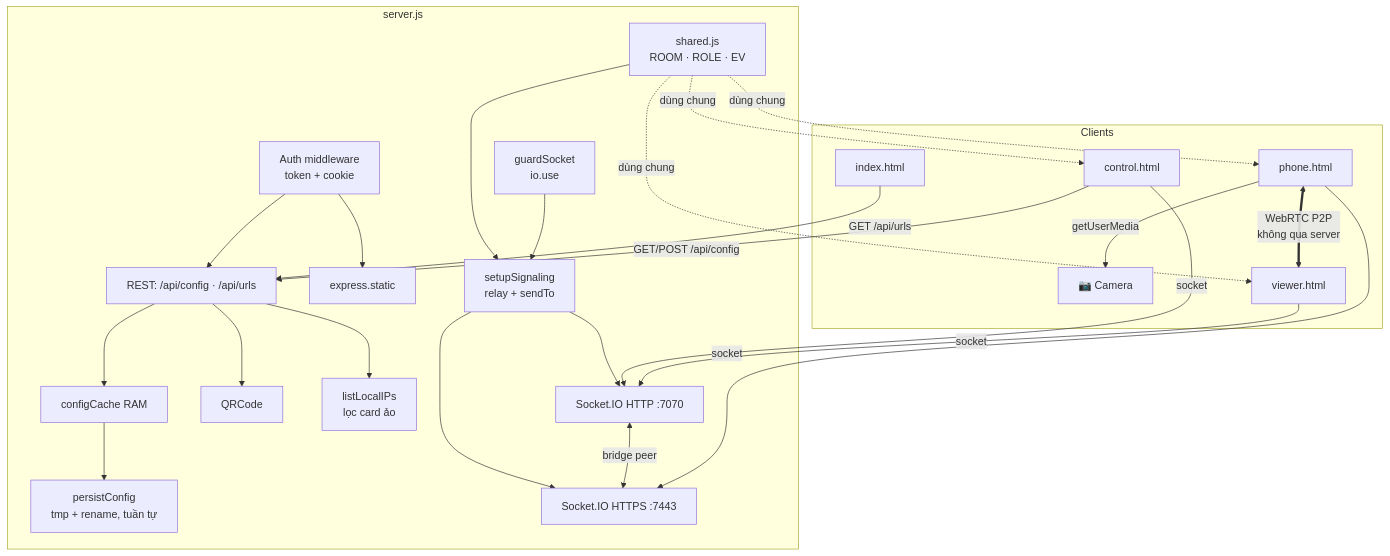
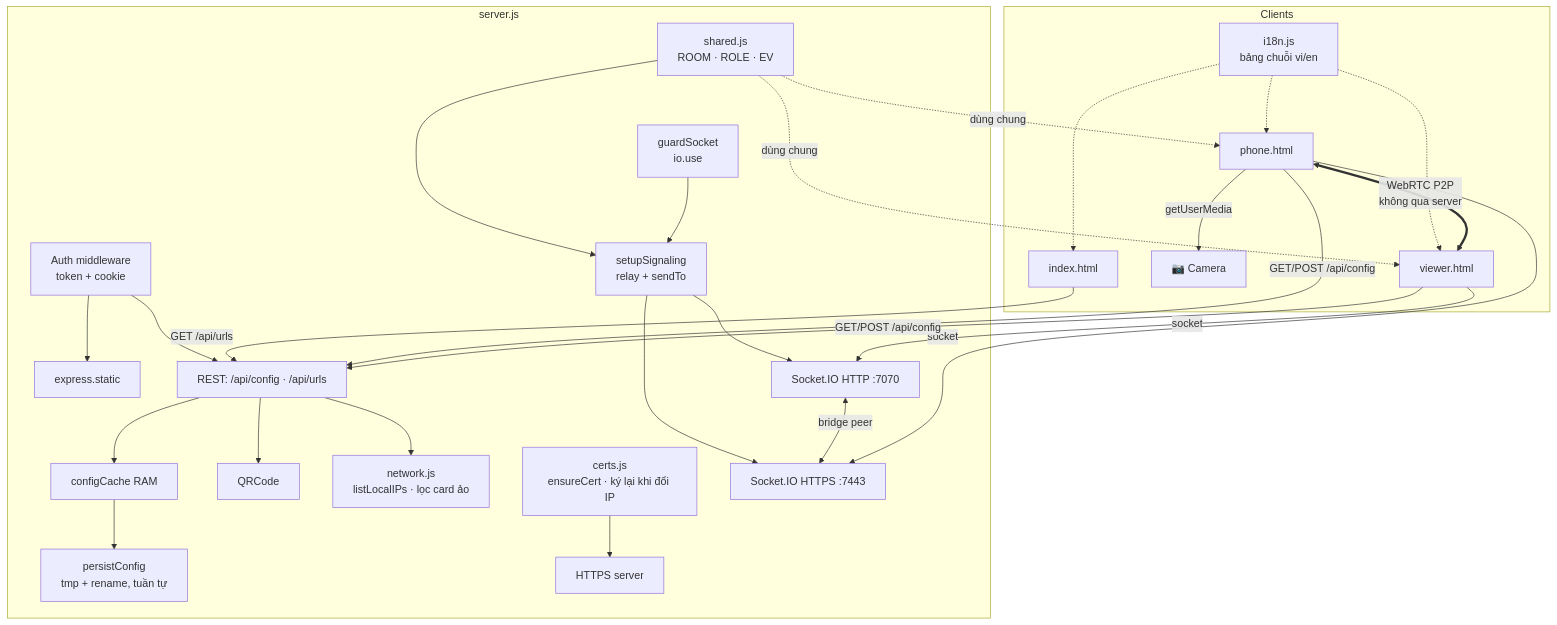
One commit to HKLVoDien/node-cam-server changed the first of 4 diagrams in docs/ARCHITECTURE_AUDIT.md. Above: the diagram before and after it, drawn with Mermaid. The commit also changed other lines of this file and 12 other files, not shown here.

````diff
--- a/docs/ARCHITECTURE_AUDIT.md
+++ b/docs/ARCHITECTURE_AUDIT.md
@@ -155,30 +188,33 @@
 ```mermaid
 graph TD
     subgraph Server["server.js"]
         SH[shared.js<br/>ROOM · ROLE · EV] --> SIG
         AUTH[Auth middleware<br/>token + cookie] --> ST[express.static]
         AUTH --> API
         GS[guardSocket<br/>io.use] --> SIG[setupSignaling<br/>relay + sendTo]
         API[REST: /api/config · /api/urls]
         API --> CC[configCache RAM]
         CC --> PC[persistConfig<br/>tmp + rename, tuần tự]
         API --> QR[QRCode]
-        API --> NET[listLocalIPs<br/>lọc card ảo]
+        API --> NET[network.js<br/>listLocalIPs · lọc card ảo]
+        CERT[certs.js<br/>ensureCert · ký lại khi đổi IP] --> HTTPS_S[HTTPS server]
         SIG --> IOH[Socket.IO HTTP :7070]
         SIG --> IOS[Socket.IO HTTPS :7443]
         IOH <-->|bridge peer| IOS
     end
 
     subgraph Clients
         IDX[index.html] -->|GET /api/urls| API
-        CTL[control.html] -->|GET/POST /api/config| API
-        CTL -->|socket| IOH
-        PH[phone.html] -->|socket| IOS
+        PH[phone.html] -->|GET/POST /api/config| API
+        PH -->|socket| IOS
         PH -->|getUserMedia| CAM[📷 Camera]
-        VW[viewer.html] -->|socket| IOH
+        VW[viewer.html] -->|GET/POST /api/config| API
+        VW -->|socket| IOH
         SH -.dùng chung.-> PH
         SH -.dùng chung.-> VW
-        SH -.dùng chung.-> CTL
+        I18[i18n.js<br/>bảng chuỗi vi/en] -.-> PH
+        I18 -.-> VW
+        I18 -.-> IDX
         PH <==>|WebRTC P2P<br/>không qua server| VW
     end
 ```
````
